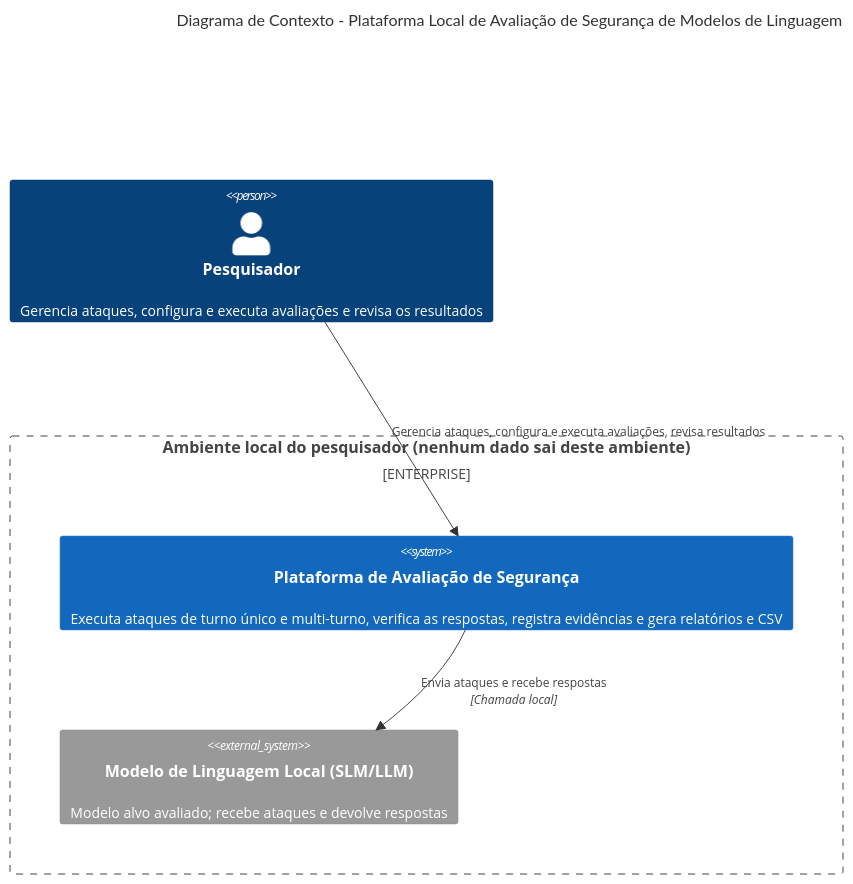
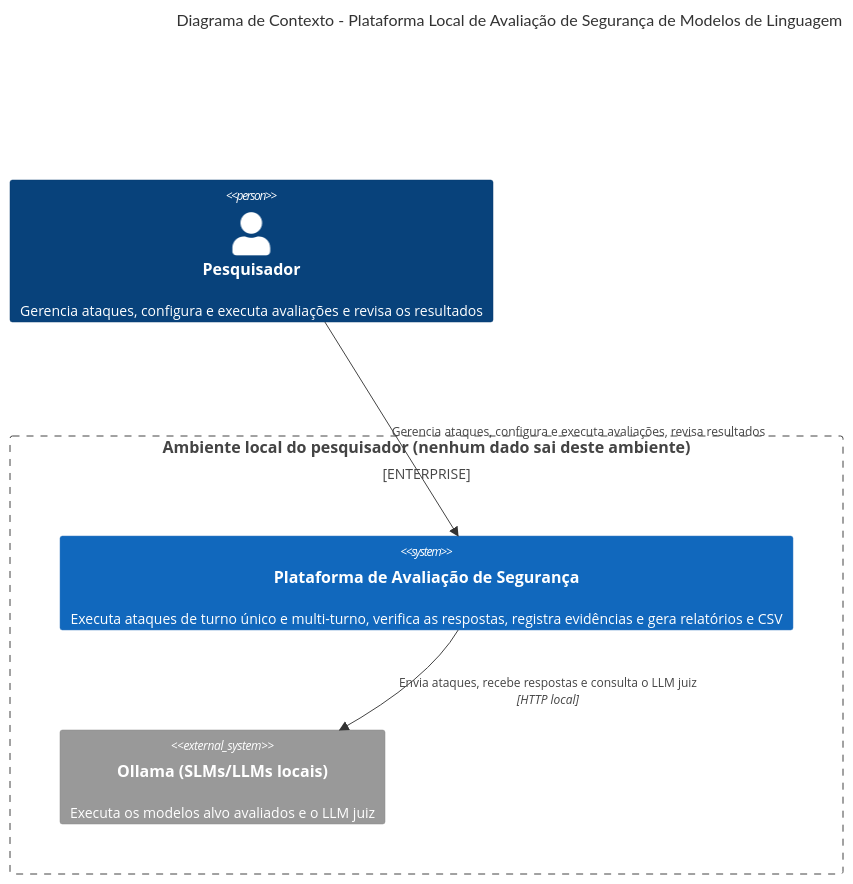
One commit to onhoudini/sistema-de-informacao changed the first of 3 diagrams in docs/6-projeto-do-sistema.md. Above: the diagram before and after it, drawn with Mermaid. The commit also changed other lines of this file and 6 other files, not shown here.

````diff
--- a/docs/6-projeto-do-sistema.md
+++ b/docs/6-projeto-do-sistema.md
@@ -55,14 +66,14 @@
 ```mermaid
 C4Context
     title Diagrama de Contexto - Plataforma Local de Avaliação de Segurança de Modelos de Linguagem
 
     Person(pesq, "Pesquisador", "Gerencia ataques, configura e executa avaliações e revisa os resultados")
 
     Enterprise_Boundary(local, "Ambiente local do pesquisador (nenhum dado sai deste ambiente)") {
         System(plat, "Plataforma de Avaliação de Segurança", "Executa ataques de turno único e multi-turno, verifica as respostas, registra evidências e gera relatórios e CSV")
-        System_Ext(llm, "Modelo de Linguagem Local (SLM/LLM)", "Modelo alvo avaliado; recebe ataques e devolve respostas")
+        System_Ext(llm, "Ollama (SLMs/LLMs locais)", "Executa os modelos alvo avaliados e o LLM juiz")
     }
 
     Rel(pesq, plat, "Gerencia ataques, configura e executa avaliações, revisa resultados")
-    Rel(plat, llm, "Envia ataques e recebe respostas", "Chamada local")
+    Rel(plat, llm, "Envia ataques, recebe respostas e consulta o LLM juiz", "HTTP local")
 ```
````
